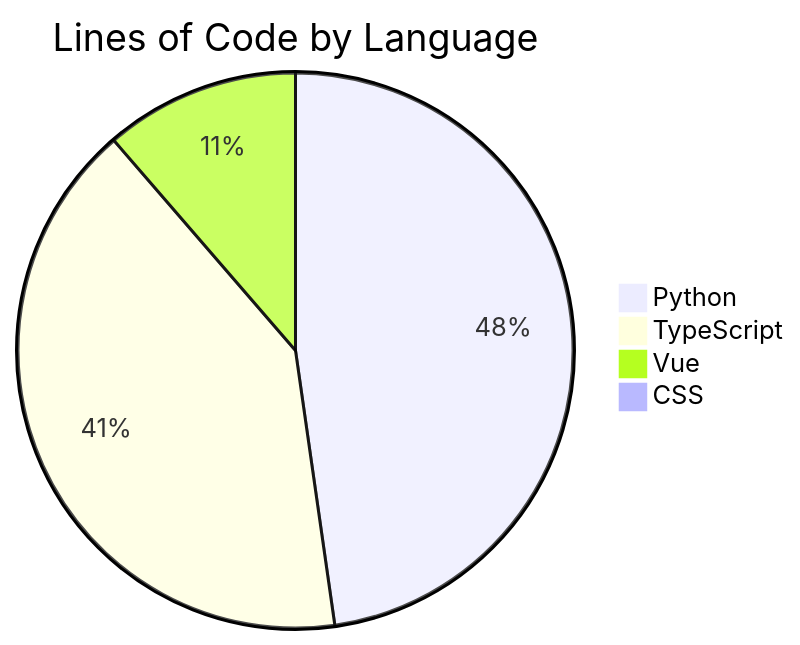
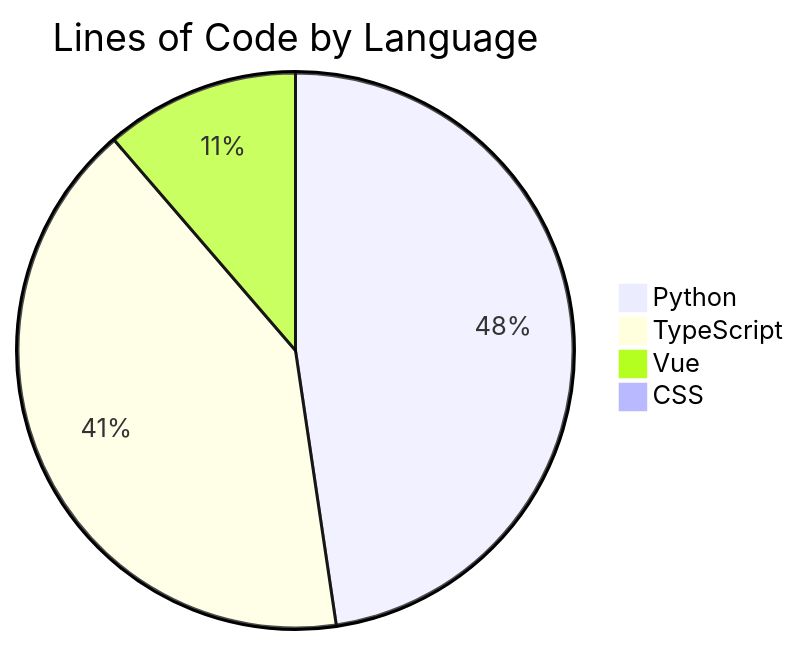
The diagram in README.md (ISW-stack/AI3L-Community), drawn with Mermaid before and after one commit. The commit also changed other lines of this file and 1 other file, not shown here.

````diff
--- a/README.md
+++ b/README.md
@@ -364,7 +364,7 @@
 ```mermaid
 pie title Lines of Code by Language
     "Python" : 98428
-    "TypeScript" : 84375
-    "Vue" : 23393
+    "TypeScript" : 84752
+    "Vue" : 23375
     "CSS" : 126
 ```
````
